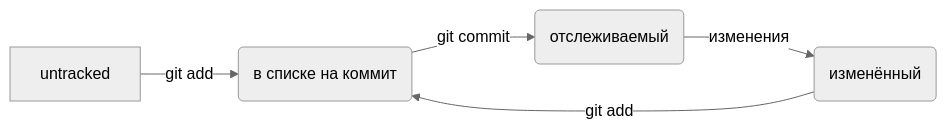
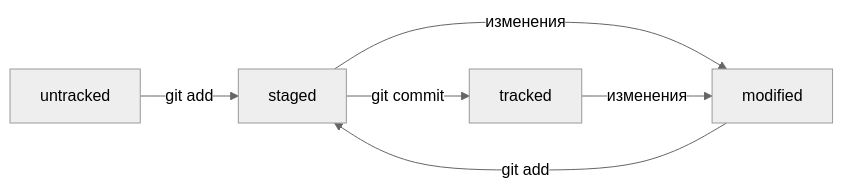
One commit to Badsergeant/Cheat-sheet-for-Git changed the diagram in Readme.md. Above: the diagram before and after it, drawn with Mermaid (neutral theme).

Commit message:
Fix errors on block-diagramm(rename points) add new point(staged-modified)

````diff
--- a/Readme.md
+++ b/Readme.md
@@ -423,7 +423,8 @@
 ```mermaid
 graph LR;
-untracked -- "git add" --> staged(в списке на коммит);
-staged -- "git commit" --> tracked(отслеживаемый);
-tracked -- "изменения" --> modified(изменённый);
-modified -- "git add" --> staged(в списке на коммит);
+untracked -- "git add" --> staged;
+staged -- "git commit" --> tracked;
+staged -- "изменения" --> modified;
+tracked -- "изменения" --> modified;
+modified -- "git add" --> staged;
 ```
````
